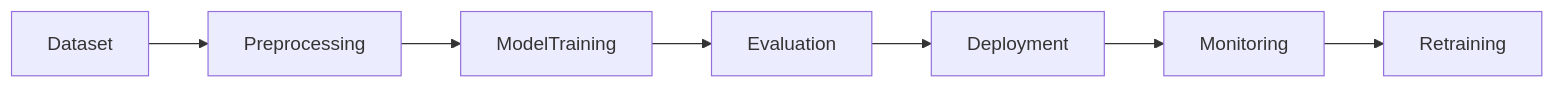
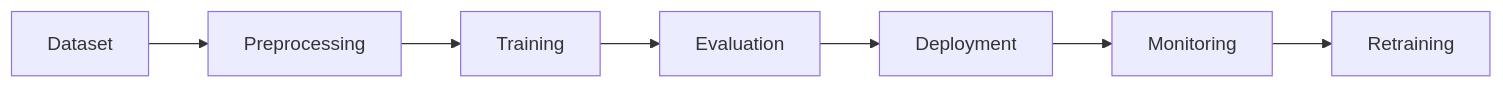
One commit to sivarajv04/sivarajv04 changed the fifth of 5 diagrams in README.md. Above: the diagram before and after it, drawn with Mermaid. The commit also changed other lines of this file, not shown here.

````diff
--- a/README.md
+++ b/README.md
@@ -239,15 +240,10 @@
 ```mermaid
 flowchart LR
 
 Dataset --> Preprocessing
-
-Preprocessing --> ModelTraining
-
-ModelTraining --> Evaluation
-
+Preprocessing --> Training
+Training --> Evaluation
 Evaluation --> Deployment
-
 Deployment --> Monitoring
-
 Monitoring --> Retraining
 ```
````
